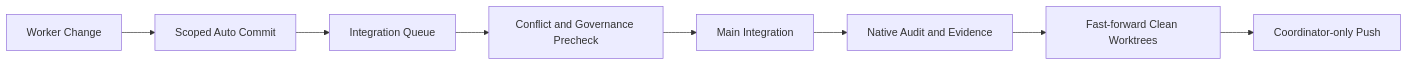
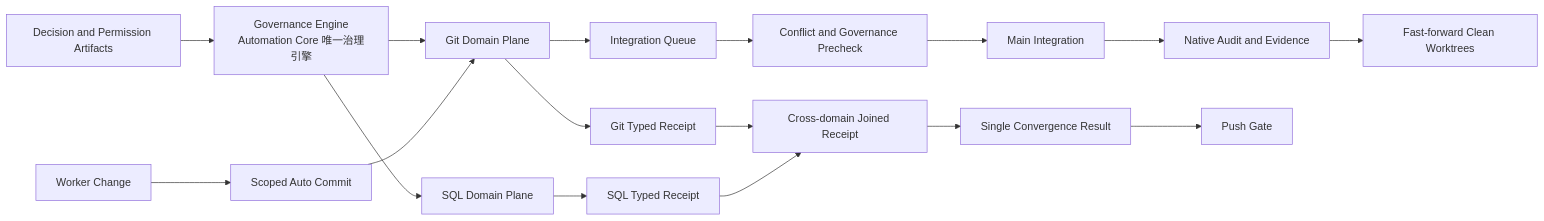
One commit to guilty442-source/GPTBridge changed the sixth of 9 diagrams in governance_rule/codex/architecture-project.md. Above: the diagram before and after it, drawn with Mermaid. The commit also changed other lines of this file, not shown here.

Commit message:
[worker:devin] architecture-project: project C50 single governance engine with Git/SQL domain planes and joined receipt

````diff
--- a/governance_rule/codex/architecture-project.md
+++ b/governance_rule/codex/architecture-project.md
@@ -122,10 +124,19 @@
 ```mermaid
 flowchart LR
+  DEC[Decision and Permission Artifacts] --> GE[Governance Engine<br/>Automation Core 唯一治理引擎]
+  GE --> GP[Git Domain Plane]
+  GE --> SP[SQL Domain Plane]
   WORK[Worker Change] --> COMMIT[Scoped Auto Commit]
-  COMMIT --> QUEUE[Integration Queue]
+  COMMIT --> GP
+  GP --> QUEUE[Integration Queue]
   QUEUE --> PRE[Conflict and Governance Precheck]
   PRE --> MERGE[Main Integration]
   MERGE --> AUDIT[Native Audit and Evidence]
   AUDIT --> FF[Fast-forward Clean Worktrees]
-  FF --> PUSH[Coordinator-only Push]
+  GP --> GR[Git Typed Receipt]
+  SP --> SR[SQL Typed Receipt]
+  GR --> JOIN[Cross-domain Joined Receipt]
+  SR --> JOIN
+  JOIN --> CONV[Single Convergence Result]
+  CONV --> PUSH[Push Gate]
 ```
````
